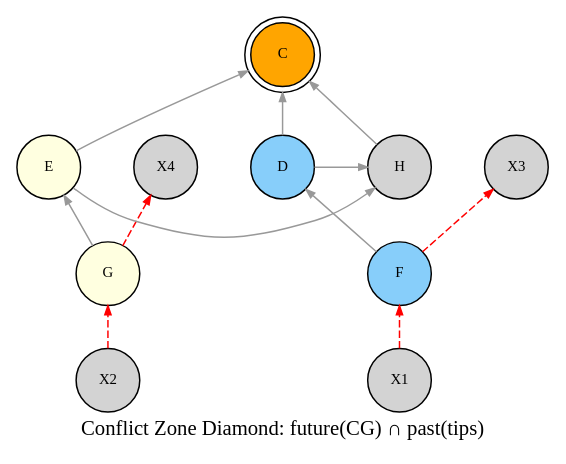
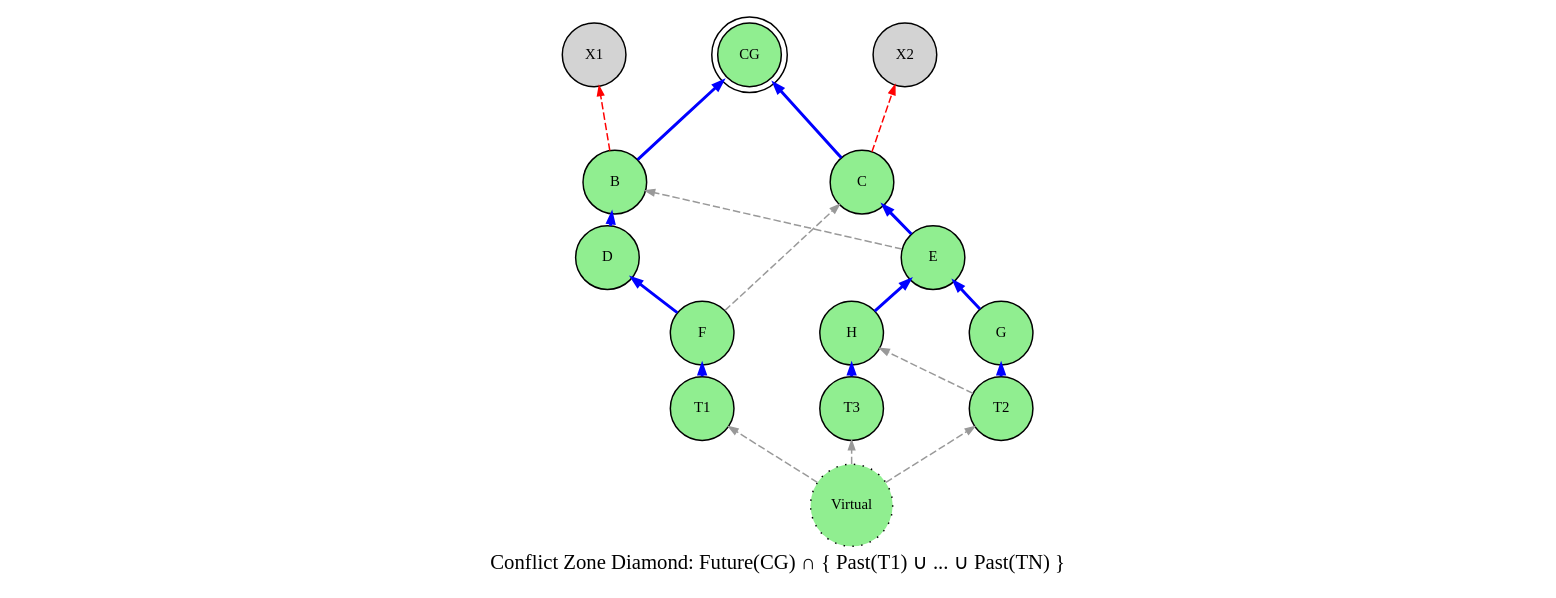
The diagram in dot/03-conflict-zone-diamond.dot (coderofstuff/dk-wiki), drawn with Graphviz before and after one commit. The commit also changed 9 other files, not shown here.

Commit message:
Improve on conflict zone graphics

```diff
--- a/dot/03-conflict-zone-diamond.dot
+++ b/dot/03-conflict-zone-diamond.dot
@@ -1,54 +1,65 @@
 digraph conflict_zone_diamond {
     rankdir=BT;
-    nodesep=0.5;
-    ranksep=0.4;
+    nodesep=0.8;
+    ranksep=0.1;
     node [shape=circle, style=filled, fontsize=10, width=0.6, height=0.6];
     edge [arrowsize=0.6, color=gray60];
 
-    label="Conflict Zone Diamond: future(CG) ∩ past(tips)";
+    label="Conflict Zone Diamond: Future(CG) ∩ { Past(T1) ∪ ... ∪ Past(TN) }";
+    labelloc=b;
 
-    // Blocks INSIDE the diamond (conflict zone)
-    F [label="F", fillcolor=lightskyblue];
-    G [label="G", fillcolor=lightyellow];
-    D [label="D", fillcolor=lightskyblue];
-    E [label="E", fillcolor=lightyellow];
-    H [label="H", fillcolor=lightgray];
-    C [label="C", fillcolor=orange, shape=doublecircle];
+    CG [label="CG", fillcolor=lightgreen, shape=doublecircle];
 
-    // Blocks OUTSIDE the diamond
-    OUTSIDE1 [label="X1", fillcolor=lightgray];
-    OUTSIDE2 [label="X2", fillcolor=lightgray];
-    OUTSIDE3 [label="X3", fillcolor=lightgray];
-    OUTSIDE4 [label="X4", fillcolor=lightgray];
+    // Virtual block
+    Virtual [label="Virtual", shape=circle, style="dotted,filled", fillcolor=lightgreen];
 
-    // Edges inside the diamond
-    F -> D;
-    G -> E;
-    D -> C;
-    E -> C;
-    D -> H;
-    E -> H;
-    H -> C;
+    // Left side
+    subgraph cluster_left {
+        style=invis;
+        B [label="B", fillcolor=lightgreen];
+        D [label="D", fillcolor=lightgreen];
+        F [label="F", fillcolor=lightgreen];
+        T1 [label="T1", fillcolor=lightgreen];
+    }
 
-    // Edges crossing the diamond boundary (dashed to show they're ignored)
-    OUTSIDE1 -> F [style=dashed, color=red];
-    OUTSIDE2 -> G [style=dashed, color=red];
-    F -> OUTSIDE3 [style=dashed, color=red];
-    G -> OUTSIDE4 [style=dashed, color=red];
+    // Right side
+    subgraph cluster_right {
+        style=invis;
+        C [label="C", fillcolor=lightgreen];
+        E [label="E", fillcolor=lightgreen];
+        G [label="G", fillcolor=lightgreen];
+        T2 [label="T2", fillcolor=lightgreen];
+        H [label="H", fillcolor=lightgreen];
+        T3 [label="T3", fillcolor=lightgreen];
+    }
 
-    // Force ranking so layout is correct
-    { rank=same; OUTSIDE1; OUTSIDE2; }
-    { rank=same; F; G; }
-    { rank=same; D; E; H; }
-    { rank=same; C; }
-    { rank=same; OUTSIDE3; OUTSIDE4; }
+    // Outside diamond - parallel to CG
+    X1 [label="X1", fillcolor=lightgray, style=filled];
+    X2 [label="X2", fillcolor=lightgray, style=filled];
 
-    // The conflict zone cluster
-    subgraph cluster_diamond {
-        label="CONFLICT ZONE (diamond)\nfuture(CG) ∩ past(tips)\nOnly these blocks are colored and voted";
-        labelloc=t;
-        style=filled;
-        fillcolor=moccasin;
-        F; G; D; E; H; C;
-    }
+    // Blue edges = selected parent (chain-parent path)
+    B -> CG [color=blue, penwidth=2.0];
+    C -> CG [color=blue, penwidth=2.0];
+    D -> B [color=blue, penwidth=2.0];
+    E -> C [color=blue, penwidth=2.0];
+    F -> D [color=blue, penwidth=2.0];
+    G -> E [color=blue, penwidth=2.0];
+    H -> E [color=blue, penwidth=2.0];
+    T1 -> F [color=blue, penwidth=2.0];
+    T2 -> G [color=blue, penwidth=2.0];
+    T3 -> H [color=blue, penwidth=2.0];
+
+    // Gray dashed = non-selected parent
+    T2 -> H [color=gray60, penwidth=1.0, style=dashed];
+    F -> C [color=gray60, penwidth=1.0, style=dashed];
+    E -> B [color=gray60, penwidth=1.0, style=dashed];
+
+    // B -> X1 and C -> X2 cross diamond boundary (ignored)
+    B -> X1 [style=dashed, color=red];
+    C -> X2 [style=dashed, color=red];
+
+    // Virtual block points to all tips
+    Virtual -> T1 [color=gray60, penwidth=1.0, style=dashed];
+    Virtual -> T2 [color=gray60, penwidth=1.0, style=dashed];
+    Virtual -> T3 [color=gray60, penwidth=1.0, style=dashed];
 }
```
